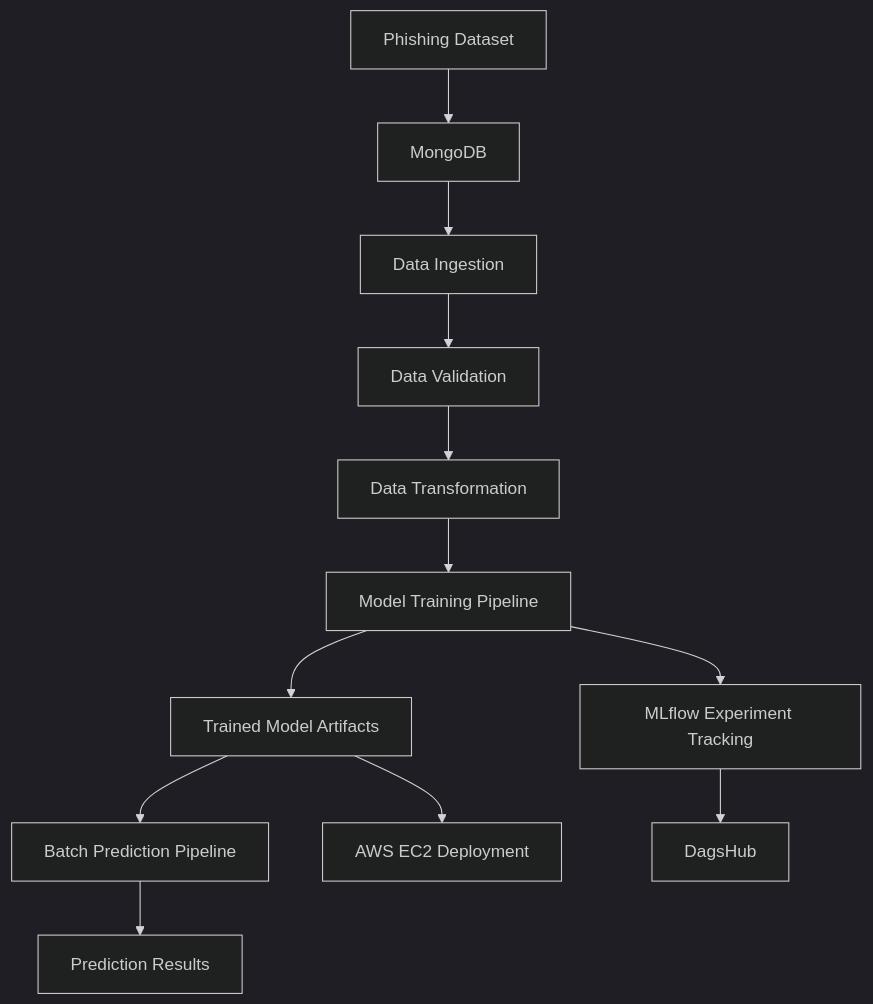
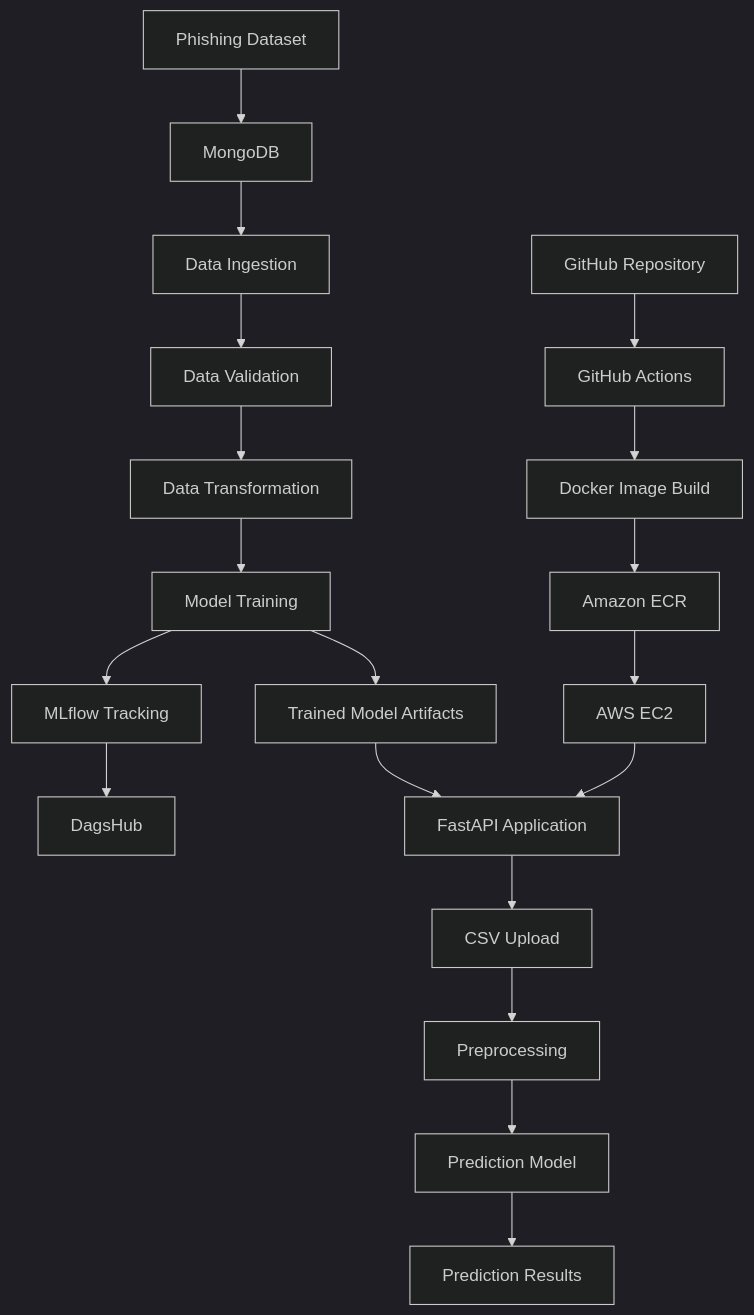
Before and after one commit to Sarthya-Prakash/networksecurity: the diagram in README.md, drawn with Mermaid (dark theme). The commit also changed other lines of this file, not shown here.

````diff
--- a/README.md
+++ b/README.md
@@ -27,14 +43,22 @@
-```mermaid id="uqkl3r"
+```mermaid
 flowchart TD
     A[Phishing Dataset] --> B[MongoDB]
     B --> C[Data Ingestion]
     C --> D[Data Validation]
     D --> E[Data Transformation]
-    E --> F[Model Training Pipeline]
+    E --> F[Model Training]
     F --> G[Trained Model Artifacts]
-    G --> H[Batch Prediction Pipeline]
-    H --> I[Prediction Results]
-    F --> J[MLflow Experiment Tracking]
-    J --> K[DagsHub]
-    G --> L[AWS EC2 Deployment]
+    F --> H[MLflow Tracking]
+    H --> I[DagsHub]
+    G --> J[FastAPI Application]
+    J --> K[CSV Upload]
+    K --> L[Preprocessing]
+    L --> M[Prediction Model]
+    M --> N[Prediction Results]
+
+    O[GitHub Repository] --> P[GitHub Actions]
+    P --> Q[Docker Image Build]
+    Q --> R[Amazon ECR]
+    R --> S[AWS EC2]
+    S --> J
 ```
````
